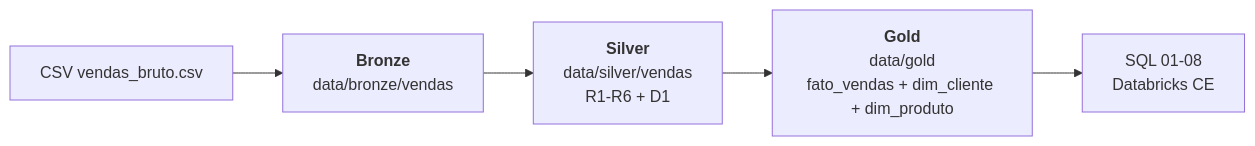
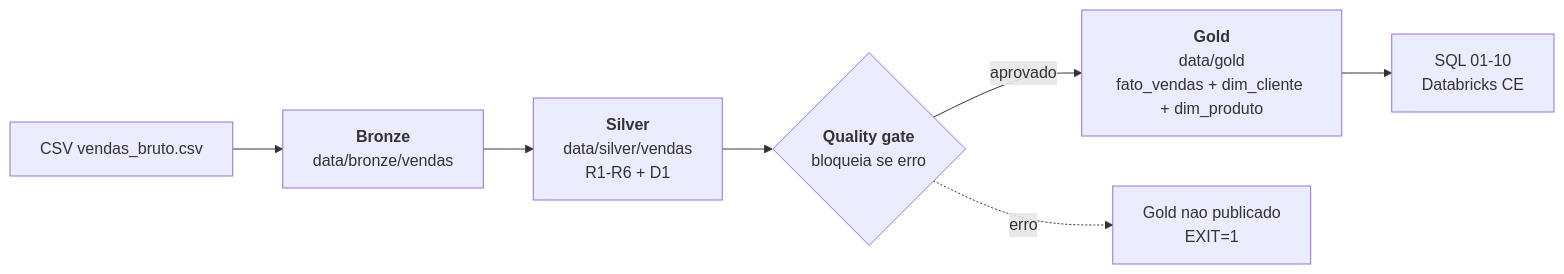
The diagram in README.md (renatoapdl/pipeline-etl-vendas), drawn with Mermaid before and after one commit. The commit also changed other lines of this file and 1 other file, not shown here.

````diff
--- a/README.md
+++ b/README.md
@@ -14,7 +14,9 @@
 ```mermaid
 flowchart LR
   A[CSV vendas_bruto.csv] --> B["<b>Bronze</b><br/>data/bronze/vendas"]
   B --> C["<b>Silver</b><br/>data/silver/vendas<br/>R1-R6 + D1"]
-  C --> D["<b>Gold</b><br/>data/gold<br/>fato_vendas + dim_cliente + dim_produto"]
-  D --> E["SQL 01-08<br/>Databricks CE"]
+  C --> Q{"<b>Quality gate</b><br/>bloqueia se erro"}
+  Q -->|aprovado| D["<b>Gold</b><br/>data/gold<br/>fato_vendas + dim_cliente + dim_produto"]
+  Q -.->|erro| X["Gold nao publicado<br/>EXIT=1"]
+  D --> E["SQL 01-10<br/>Databricks CE"]
 ```
````
